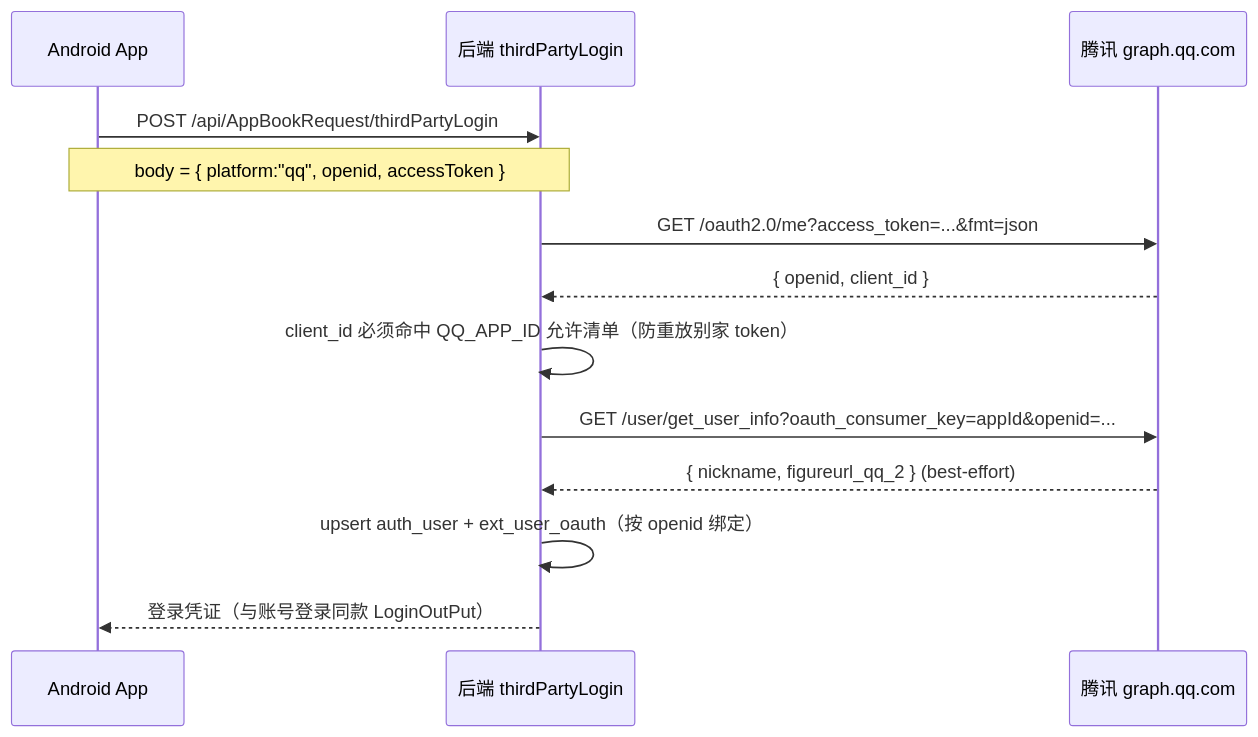
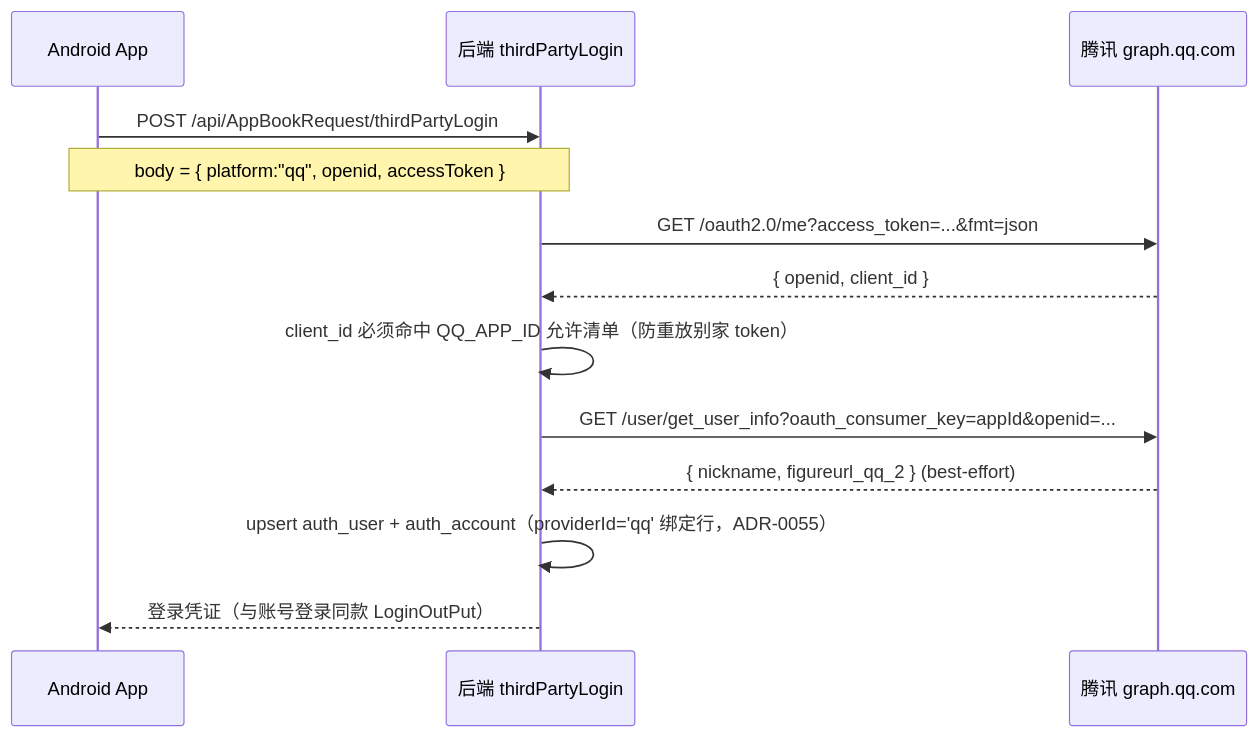
The diagram in docs/novel-cms/qq-login-deployment-checklist.md (andylxy/microfeed), drawn with Mermaid before and after one commit. The commit also changed other lines of this file and 57 other files, not shown here.

First line of the commit message:
refactor(user-system): 限流表合并为 ext_rate_limit、第三方绑定统一至 auth_account、抽取文档分册

````diff
--- a/docs/novel-cms/qq-login-deployment-checklist.md
+++ b/docs/novel-cms/qq-login-deployment-checklist.md
@@ -17,16 +17,16 @@
 ```mermaid
 sequenceDiagram
     participant App as Android App
     participant BE as 后端 thirdPartyLogin
     participant Tx as 腾讯 graph.qq.com
 
     App->>BE: POST /api/AppBookRequest/thirdPartyLogin
     Note over App,BE: body = { platform:"qq", openid, accessToken }
     BE->>Tx: GET /oauth2.0/me?access_token=...&fmt=json
     Tx-->>BE: { openid, client_id }
     BE->>BE: client_id 必须命中 QQ_APP_ID 允许清单（防重放别家 token）
     BE->>Tx: GET /user/get_user_info?oauth_consumer_key=appId&openid=...
     Tx-->>BE: { nickname, figureurl_qq_2 } (best-effort)
-    BE->>BE: upsert auth_user + ext_user_oauth（按 openid 绑定）
+    BE->>BE: upsert auth_user + auth_account（providerId='qq' 绑定行，ADR-0055）
     BE-->>App: 登录凭证（与账号登录同款 LoginOutPut）
 ```
````
